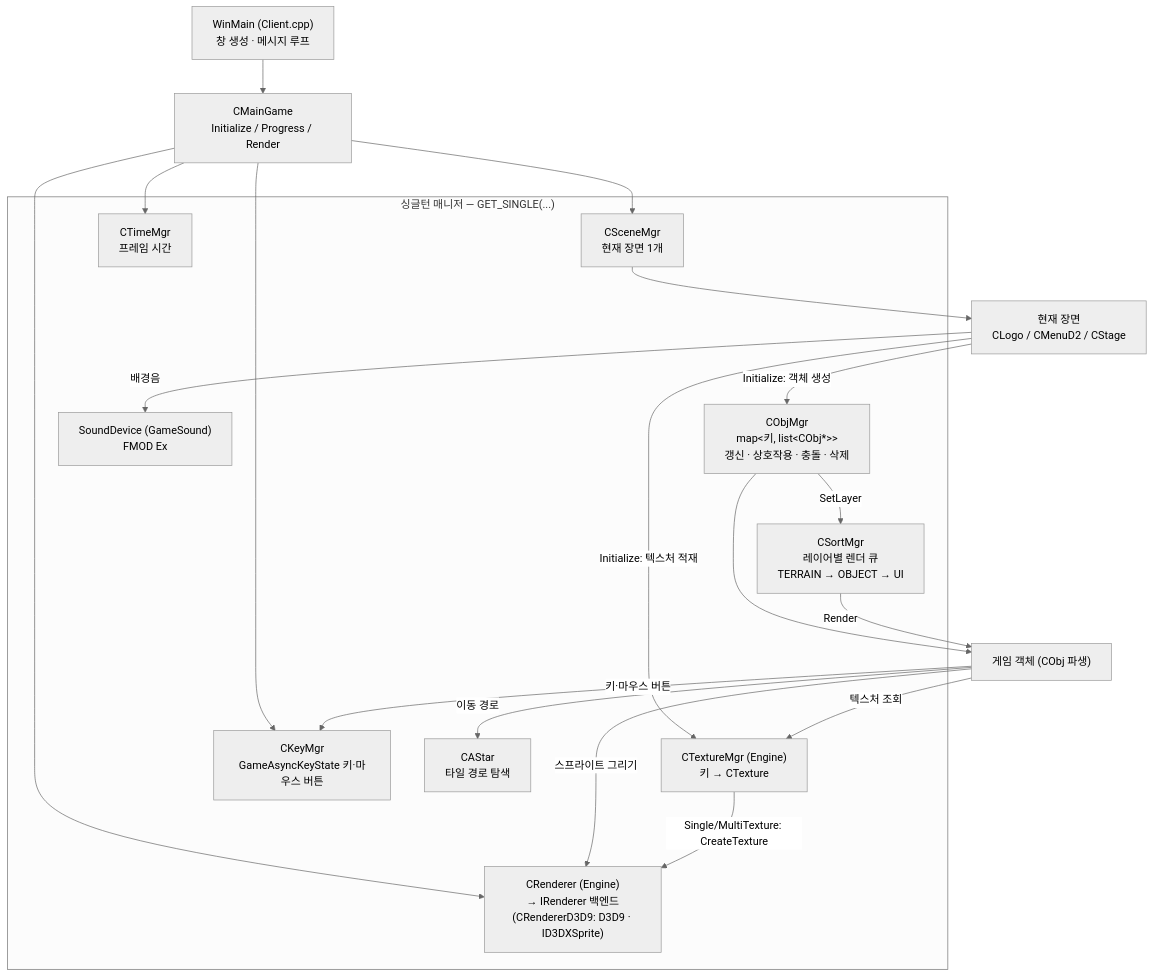
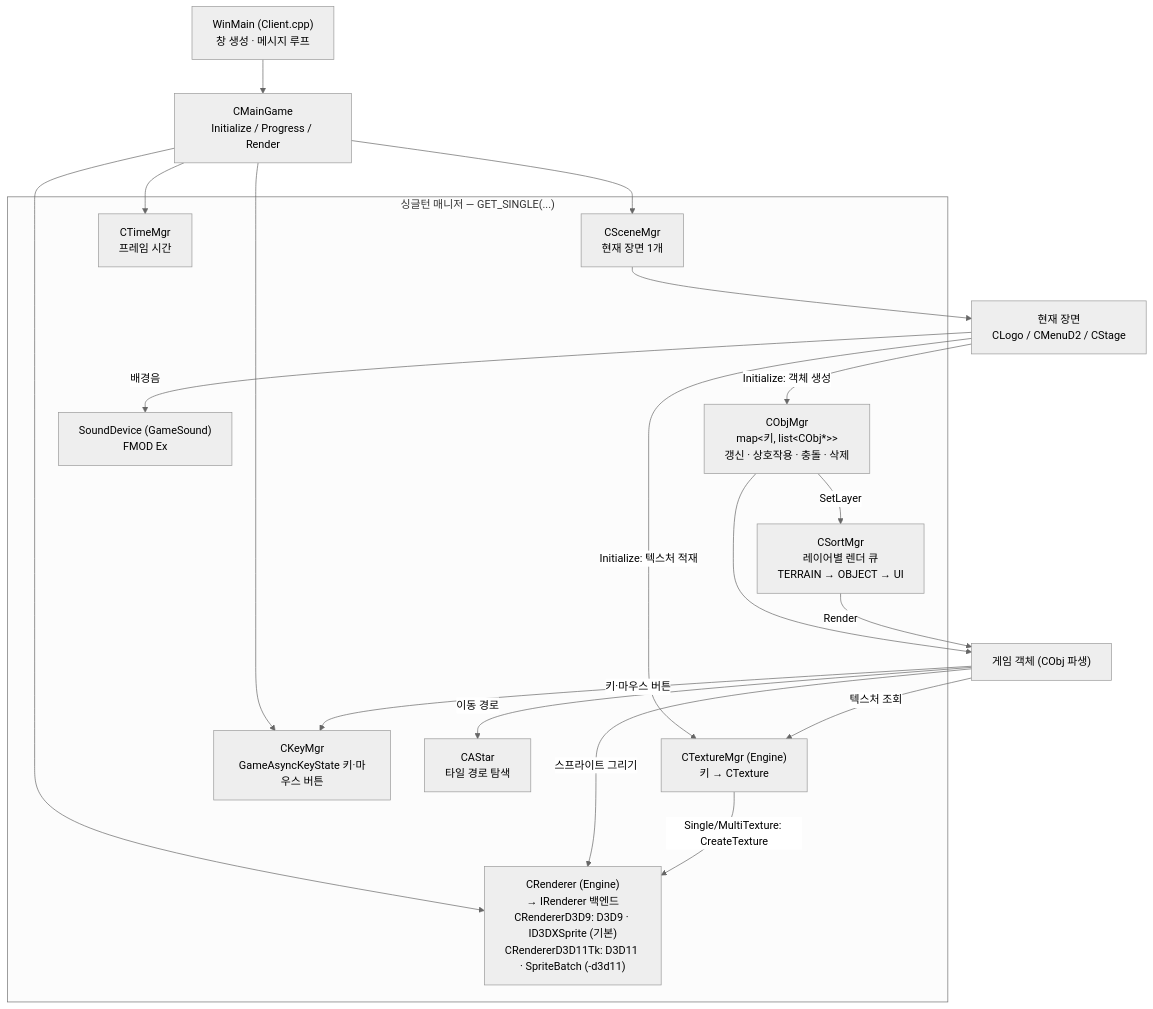
The second of 10 diagrams in docs/ARCHITECTURE.md (Ryujaehyeon/Portfolio), drawn with Mermaid (neutral theme) before and after one commit. The commit also changed 3 other files, not shown here.

````diff
--- a/docs/ARCHITECTURE.md
+++ b/docs/ARCHITECTURE.md
@@ -69,32 +69,32 @@
 ```mermaid
 flowchart TB
     WinMain["WinMain (Client.cpp)<br/>창 생성 · 메시지 루프"]
     MainGame["CMainGame<br/>Initialize / Progress / Render"]
     WinMain --> MainGame
 
     subgraph Managers["싱글턴 매니저 — GET_SINGLE(...)"]
         SceneMgr["CSceneMgr<br/>현재 장면 1개"]
         ObjMgr["CObjMgr<br/>map&lt;키, list&lt;CObj*&gt;&gt;<br/>갱신 · 상호작용 · 충돌 · 삭제"]
         SortMgr["CSortMgr<br/>레이어별 렌더 큐<br/>TERRAIN → OBJECT → UI"]
         TexMgr["CTextureMgr (Engine)<br/>키 → CTexture"]
-        Device["CRenderer (Engine)<br/>→ IRenderer 백엔드<br/>(CRendererD3D9: D3D9 · ID3DXSprite)"]
+        Device["CRenderer (Engine)<br/>→ IRenderer 백엔드<br/>CRendererD3D9: D3D9 · ID3DXSprite (기본)<br/>CRendererD3D11Tk: D3D11 · SpriteBatch (-d3d11)"]
         TimeMgr["CTimeMgr<br/>프레임 시간"]
         KeyMgr["CKeyMgr<br/>GameAsyncKeyState 키·마우스 버튼"]
         AStar["CAStar<br/>타일 경로 탐색"]
         Sound["SoundDevice (GameSound)<br/>FMOD Ex"]
     end
 
     MainGame --> KeyMgr & TimeMgr & SceneMgr & Device
     SceneMgr --> Scene["현재 장면<br/>CLogo / CMenuD2 / CStage"]
     Scene -->|Initialize: 텍스처 적재| TexMgr
     Scene -->|Initialize: 객체 생성| ObjMgr
     Scene -->|배경음| Sound
     ObjMgr --> Objects["게임 객체 (CObj 파생)"]
     ObjMgr -->|SetLayer| SortMgr
     SortMgr -->|Render| Objects
     Objects -->|텍스처 조회| TexMgr
     Objects -->|스프라이트 그리기| Device
     Objects -->|키·마우스 버튼| KeyMgr
     Objects -->|이동 경로| AStar
     TexMgr -->|"Single/MultiTexture: CreateTexture"| Device
 ```
````
